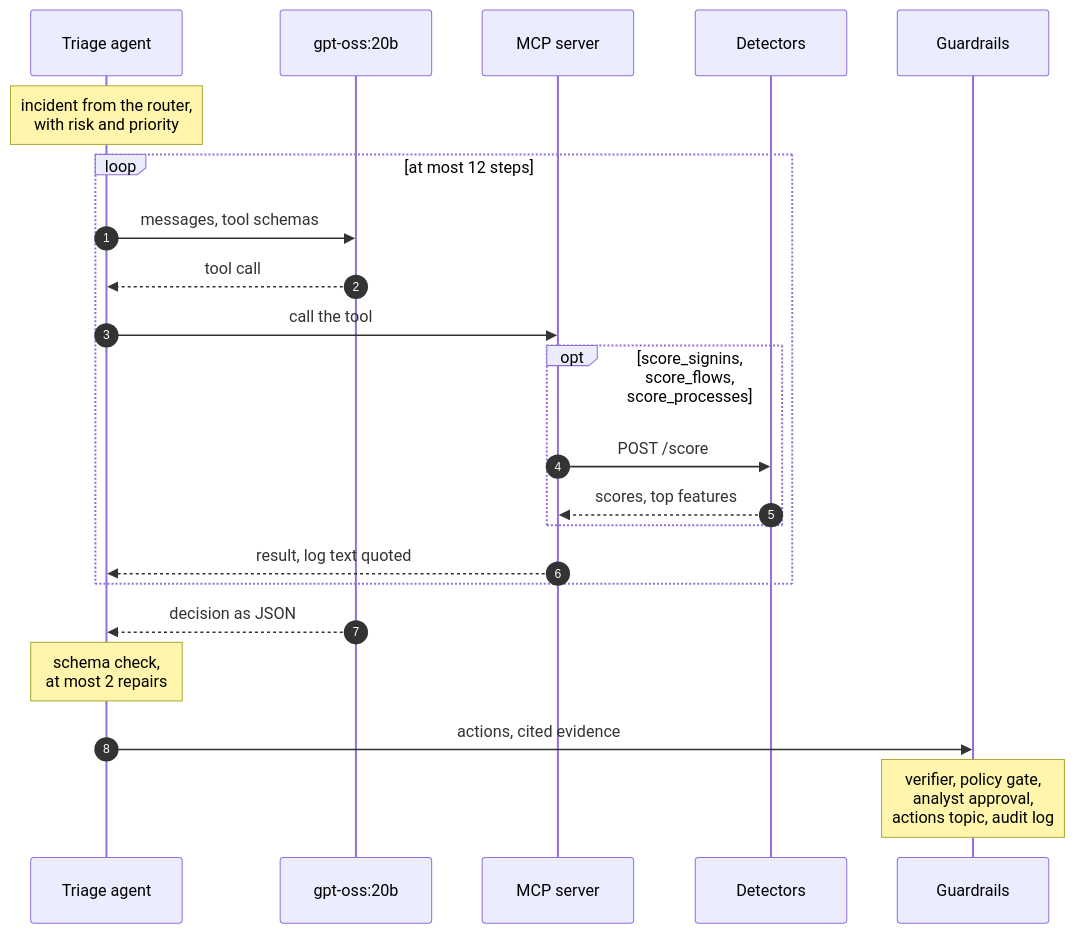
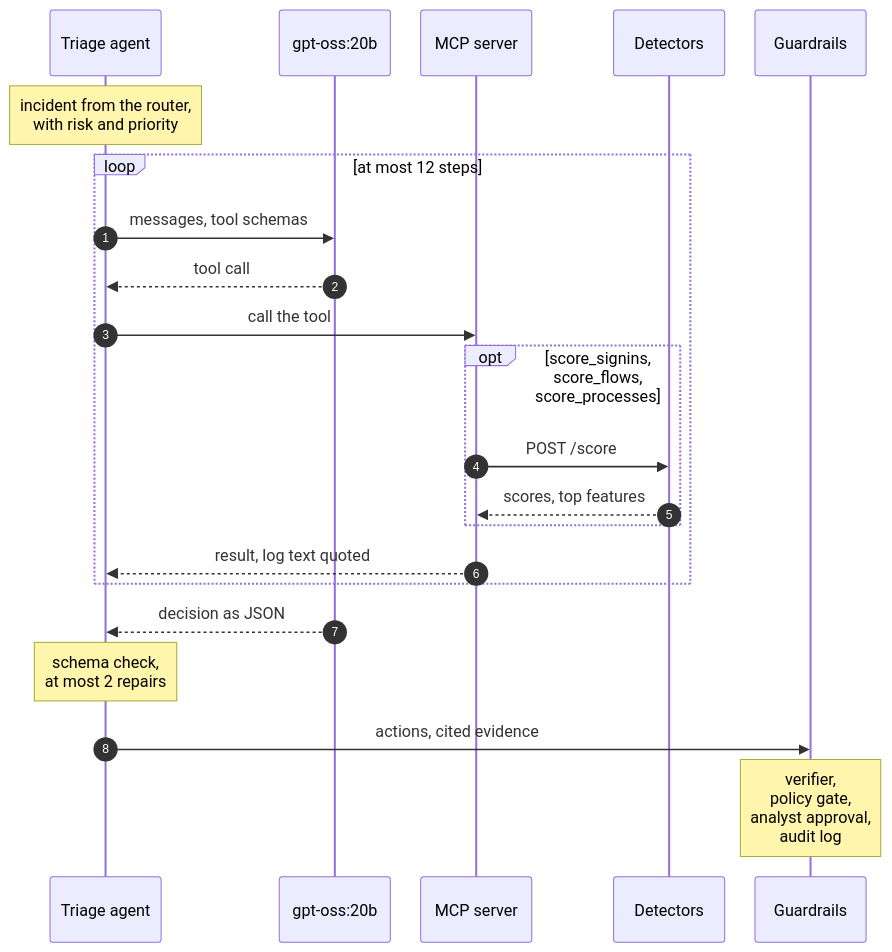
One commit to Chris91ss/ai4ci-agentic-soc changed the fifth of 6 diagrams in docs/architecture/README.md. Above: the diagram before and after it, drawn with Mermaid. The commit also changed other lines of this file, not shown here.

First line of the commit message:
docs(architecture): keep the diagrams clear of GitHub's zoom controls

````diff
--- a/docs/architecture/README.md
+++ b/docs/architecture/README.md
@@ -267,24 +269,31 @@
 ```mermaid
+---
+config:
+  sequence:
+    diagramMarginX: 160
+    width: 110
+    actorMargin: 30
+---
 sequenceDiagram
     autonumber
     participant A as Triage agent
     participant L as gpt-oss:20b
     participant M as MCP server
     participant D as Detectors
     participant G as Guardrails
     Note over A: incident from the router,<br/>with risk and priority
     loop at most 12 steps
         A->>L: messages, tool schemas
         L-->>A: tool call
         A->>M: call the tool
         opt score_signins, score_flows, score_processes
             M->>D: POST /score
             D-->>M: scores, top features
         end
         M-->>A: result, log text quoted
     end
     L-->>A: decision as JSON
     Note over A: schema check,<br/>at most 2 repairs
     A->>G: actions, cited evidence
-    Note over G: verifier, policy gate,<br/>analyst approval,<br/>actions topic, audit log
+    Note over G: verifier,<br/>policy gate,<br/>analyst approval,<br/>audit log
 ```
````
